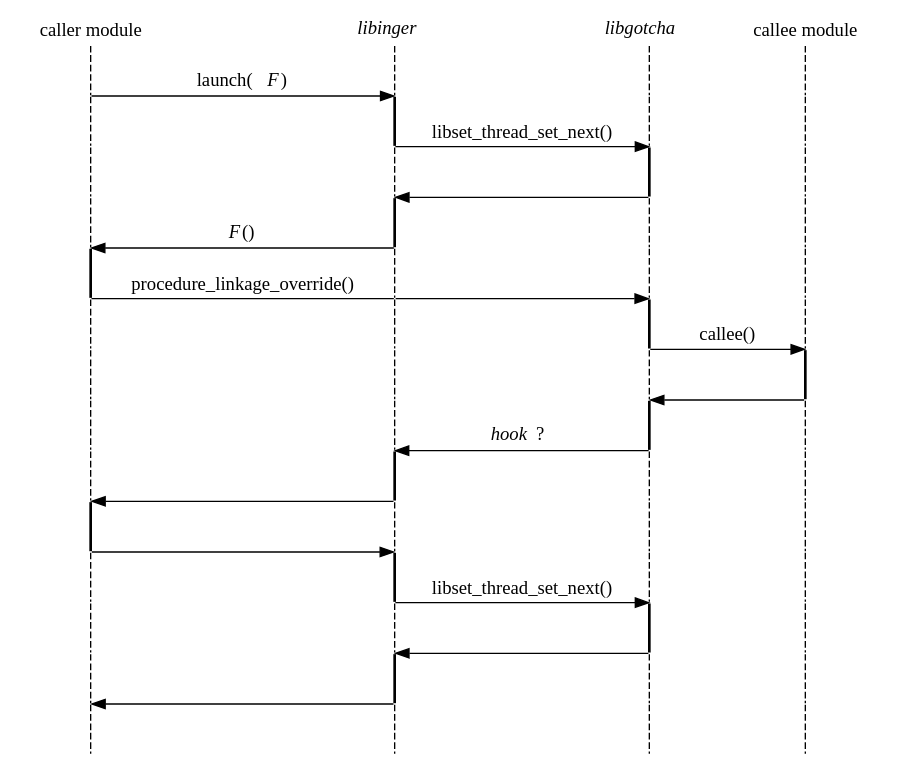
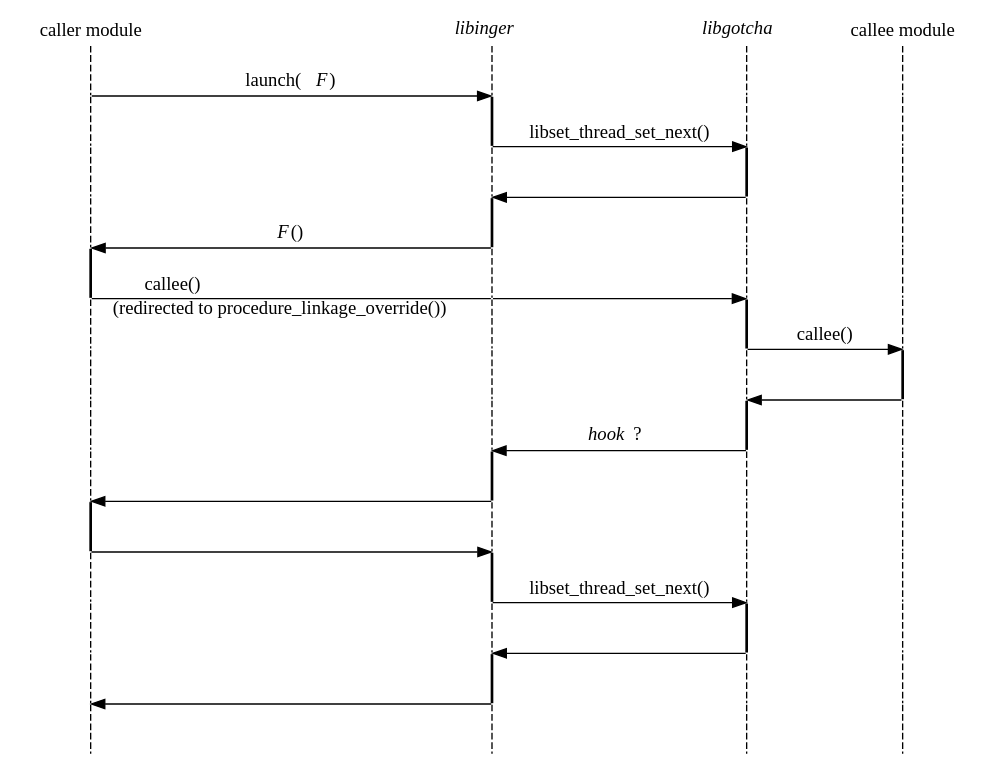
Before and after one commit to solb/thesis: the diagram in figs/calltree_function_launch.dot, drawn with Graphviz. The commit also changed 2 other files, not shown here.

Commit message:
figs: Label redirected function calls as such
rather than simply showing them as "calls" to procedure_linkage_override()

```diff
--- a/figs/calltree_function_launch.dot
+++ b/figs/calltree_function_launch.dot
@@ -1,112 +1,112 @@
 strict digraph {
 	edge [arrowhead=none];
 	node [shape=none, width=0, height=0, label=""];
 
 	caller [label="caller module"];
 	control [label=<<i>libinger</i>>];
 	gotcha [label=<<i>libgotcha</i>>];
 	callee [label="callee module"];
 
 	{
 		// This weight must be at least the number of horizontal arrows.
 		edge [style=dashed, weight=5];
 
 		caller -> callerA -> callerB -> callerC -> callerD;
 		callerD -> callerE [style=solid, penwidth=2];
 		callerE -> callerF -> callerG -> callerH -> callerI;
 		callerI -> callerJ [style=solid, penwidth=2];
 		callerJ -> callerK -> callerL -> callerM -> callerN;
 
 		control -> controlA;
 		controlA -> controlB [style=solid, penwidth=2];
 		controlB -> controlC;
 		controlC -> controlD [style=solid, penwidth=2];
 		controlD -> controlE -> controlF -> controlG -> controlH
 		controlH -> controlI [style=solid, penwidth=2];
 		controlI -> controlJ;
 		controlJ -> controlK [style=solid, penwidth=2];
 		controlK -> controlL;
 		controlL -> controlM [style=solid, penwidth=2];
 		controlM -> controlN;
 
 		gotcha -> gotchaA -> gotchaB;
 		gotchaB -> gotchaC [style=solid, penwidth=2];
 		gotchaC -> gotchaD -> gotchaE;
 		gotchaE -> gotchaF [style=solid, penwidth=2];
 		gotchaF -> gotchaG;
 		gotchaG -> gotchaH [style=solid, penwidth=2];
 		gotchaH -> gotchaI -> gotchaJ -> gotchaK;
 		gotchaK -> gotchaL [style=solid, penwidth=2];
 		gotchaL -> gotchaM -> gotchaN;
 
 		callee -> calleeA -> calleeB -> calleeC -> calleeD -> calleeE -> calleeF;
 		calleeF -> calleeG [style=solid, penwidth=2];
 		calleeG -> calleeH -> calleeI -> calleeJ -> calleeK -> calleeL -> calleeM -> calleeN;
 	}
 
 	{
 		rank=same;
 		callerA -> controlA [label=<launch(<i>F</i>)>, arrowhead=normal];
 	}
 
 	{
 		rank=same;
 		controlB -> gotchaB [label="libset_thread_set_next()", arrowhead=normal];
 	}
 
 	{
 		rank=same;
 		controlC -> gotchaC [arrowhead=normal, dir=back];
 	}
 
 	{
 		rank=same;
 		callerD -> controlD [label=<<i>F</i>()>, arrowhead=normal, dir=back];
 	}
 
 	{
 		rank=same;
-		callerE -> controlE [label="procedure_linkage_override()"];
+		callerE -> controlE [label="callee()                                                   ", headlabel="(redirected to procedure_linkage_override())"];
 		controlE -> gotchaE [arrowhead=normal];
 	}
 
 	{
 		rank=same;
 		gotchaF -> calleeF [label="callee()", arrowhead=normal];
 	}
 
 	{
 		rank=same;
 		gotchaG -> calleeG [arrowhead=normal, dir=back];
 	}
 
 	{
 		rank=same;
 		controlH -> gotchaH [label=<<i>hook</i> ?>, arrowhead=normal, dir=back];
 	}
 
 	{
 		rank=same;
 		callerI -> controlI [arrowhead=normal, dir=back];
 	}
 
 	{
 		rank=same;
 		callerJ -> controlJ [arrowhead=normal];
 	}
 
 	{
 		rank=same;
 		controlK -> gotchaK [label="libset_thread_set_next()", arrowhead=normal];
 	}
 
 	{
 		rank=same;
 		controlL -> gotchaL [arrowhead=normal, dir=back];
 	}
 
 	{
 		rank=same;
 		callerM -> controlM [arrowhead=normal, dir=back];
 	}
 }
```
